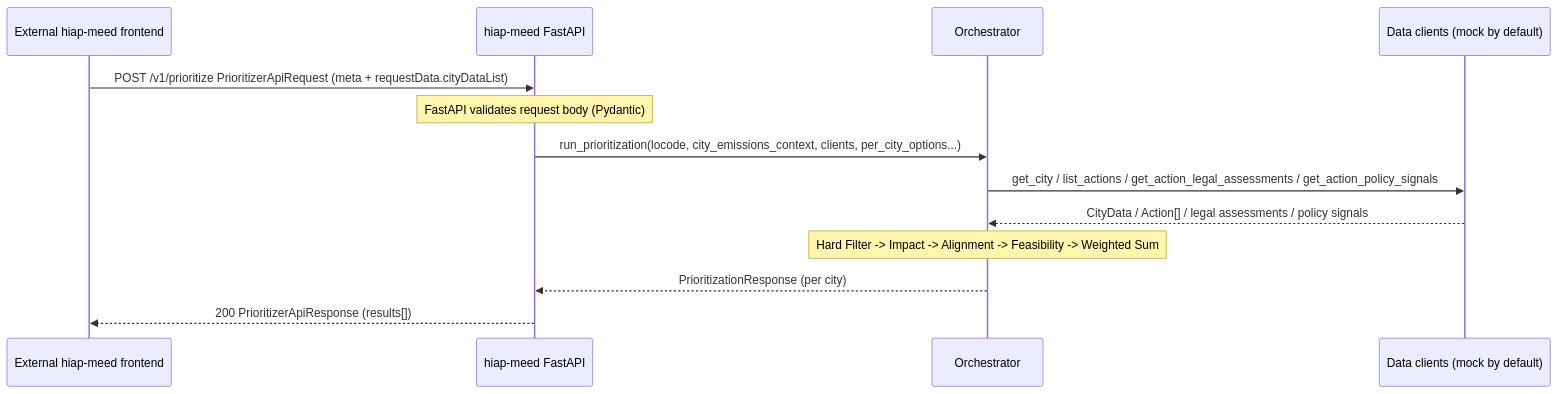
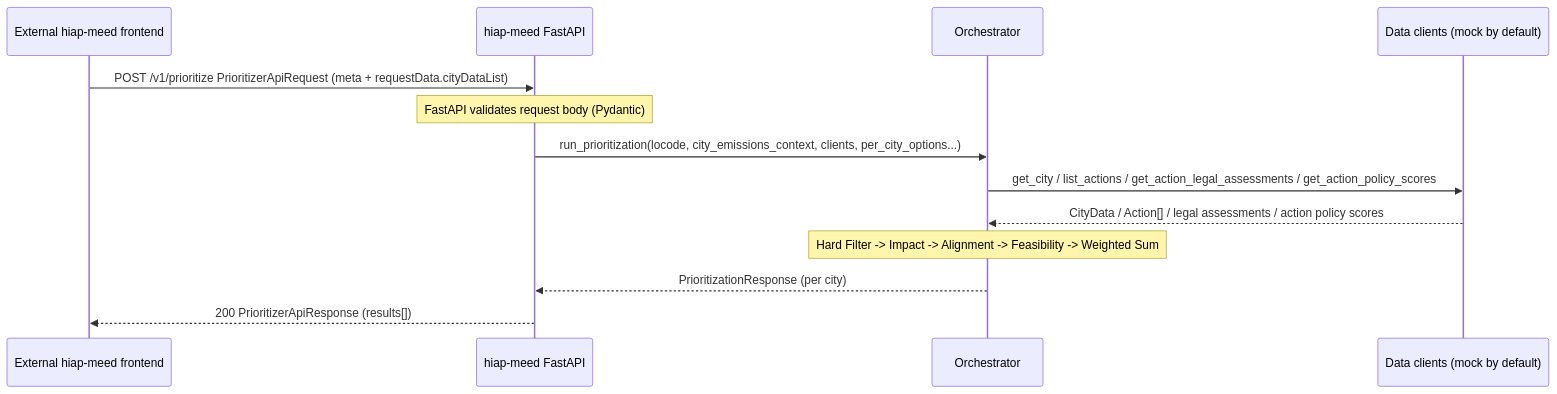
The second of 2 diagrams in hiap-meed/docs/service-architecture.md (Open-Earth-Foundation/CityCatalyst), drawn with Mermaid before and after one commit. The commit also changed other lines of this file and 22 other files, not shown here.

````diff
--- a/hiap-meed/docs/service-architecture.md
+++ b/hiap-meed/docs/service-architecture.md
@@ -98,16 +98,16 @@
 ```mermaid
 sequenceDiagram
     participant FE as External hiap-meed frontend
     participant API as hiap-meed FastAPI
     participant Orch as Orchestrator
     participant Clients as Data clients (mock by default)
 
     FE->>API: POST /v1/prioritize PrioritizerApiRequest (meta + requestData.cityDataList)
     Note over API: FastAPI validates request body (Pydantic)
     API->>Orch: run_prioritization(locode, city_emissions_context, clients, per_city_options...)
-    Orch->>Clients: get_city / list_actions / get_action_legal_assessments / get_action_policy_signals
-    Clients-->>Orch: CityData / Action[] / legal assessments / policy signals
+    Orch->>Clients: get_city / list_actions / get_action_legal_assessments / get_action_policy_scores
+    Clients-->>Orch: CityData / Action[] / legal assessments / action policy scores
     Note over Orch: Hard Filter -> Impact -> Alignment -> Feasibility -> Weighted Sum
     Orch-->>API: PrioritizationResponse (per city)
     API-->>FE: 200 PrioritizerApiResponse (results[])
 ```
````
